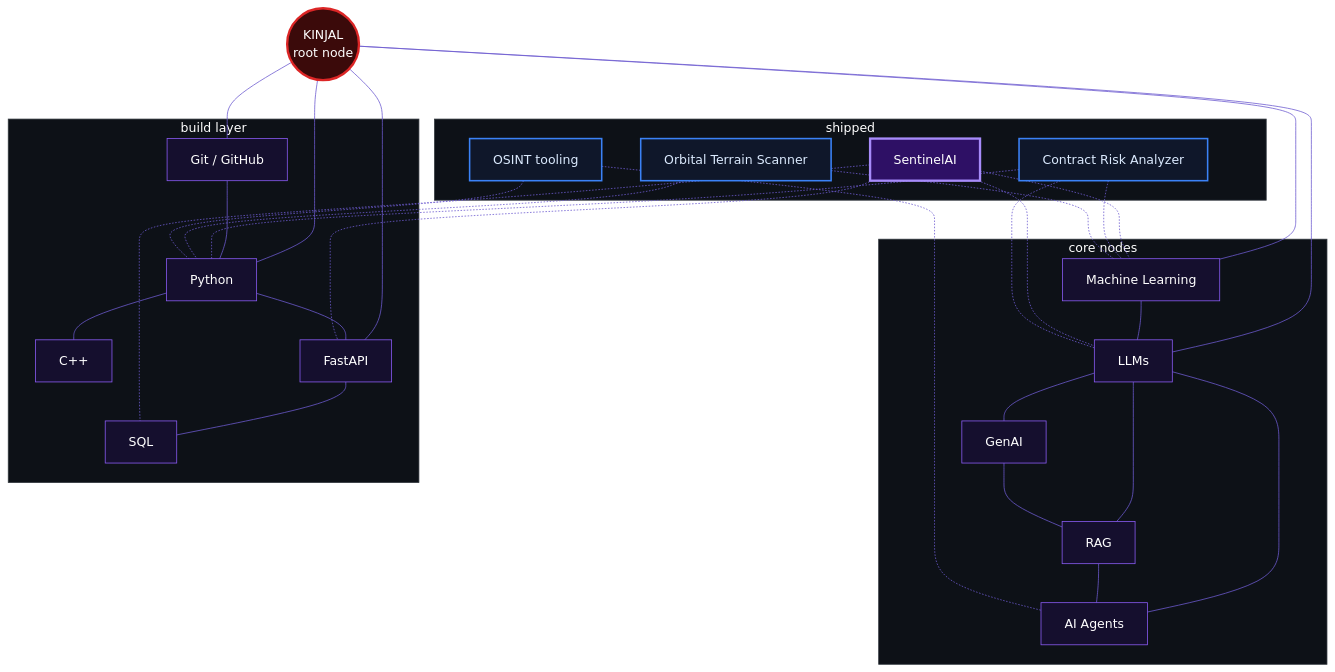
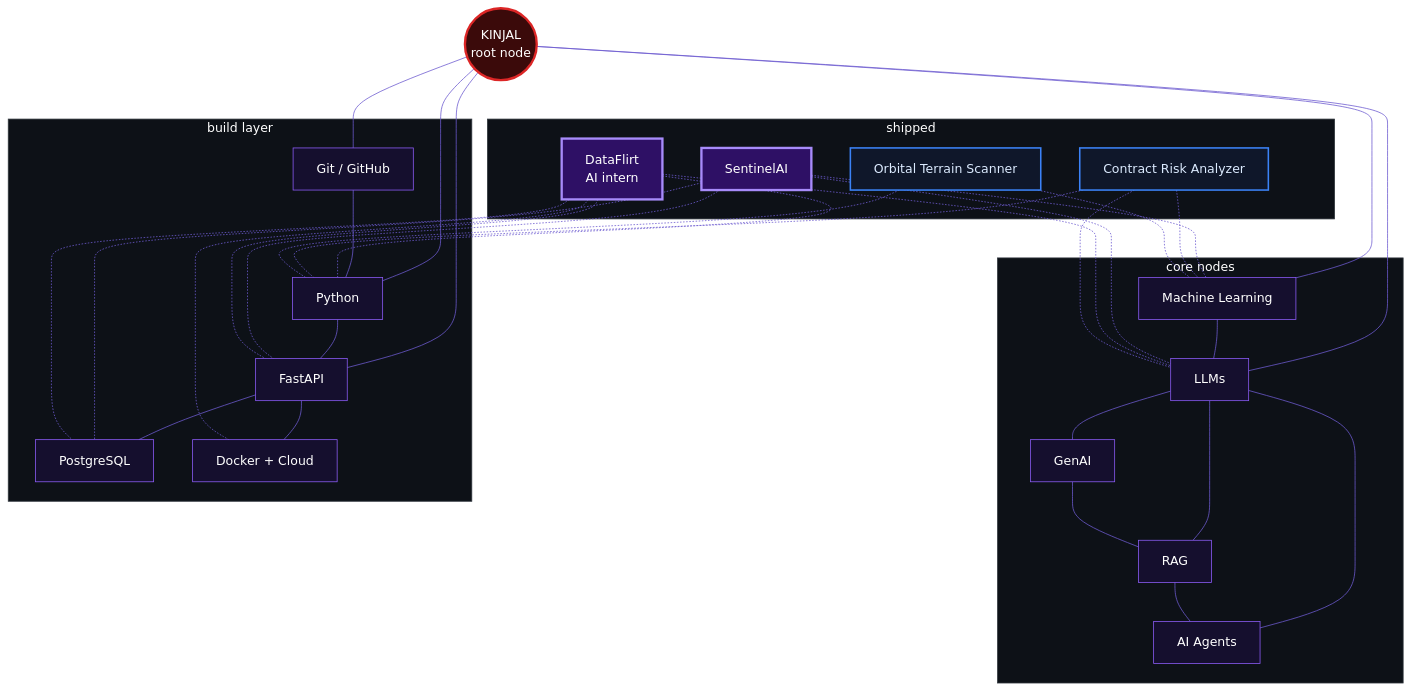
The diagram in README.md (KinjalGoswami68/KinjalGoswami68), drawn with Mermaid before and after one commit. The commit also changed other lines of this file, not shown here.

Commit message:
update README: DataFlirt, open source

````diff
--- a/README.md
+++ b/README.md
@@ -35,63 +36,66 @@
 ```mermaid
 %%{init: {'theme': 'base', 'themeVariables': {'primaryColor': '#150f2e', 'primaryTextColor': '#e9d5ff', 'primaryBorderColor': '#8b5cf6', 'lineColor': '#6d5bd0', 'secondaryColor': '#0d1117', 'tertiaryColor': '#0d1117', 'clusterBkg': '#0d1117', 'clusterBorder': '#30363d', 'fontFamily': 'monospace'}}}%%
 flowchart TD
     ROOT(("KINJAL<br/>root node")):::root
 
     subgraph CORE["core nodes"]
         ML["Machine Learning"]
         LLM["LLMs"]
         GENAI["GenAI"]
         RAG["RAG"]
         AGENTS["AI Agents"]
     end
 
     subgraph BUILD["build layer"]
         PY["Python"]
-        CPP["C++"]
         API["FastAPI"]
-        SQL["SQL"]
+        SQL["PostgreSQL"]
+        DOCK["Docker + Cloud"]
         GIT["Git / GitHub"]
     end
 
     subgraph SHIPPED["shipped"]
         SENT["SentinelAI"]:::hero
+        DF["DataFlirt<br/>AI intern"]:::hero
         CRA["Contract Risk Analyzer"]:::proj
         OTS["Orbital Terrain Scanner"]:::proj
-        OSINT["OSINT tooling"]:::proj
     end
 
     ROOT --- ML
     ROOT --- LLM
     ROOT --- PY
     ROOT --- API
     ROOT --- GIT
 
     ML --- LLM
     LLM --- GENAI
     LLM --- RAG
     LLM --- AGENTS
     GENAI --- RAG
     RAG --- AGENTS
 
     PY --- API
-    PY --- CPP
     API --- SQL
+    API --- DOCK
     GIT --- PY
 
     SENT -.- API
     SENT -.- SQL
     SENT -.- ML
     SENT -.- LLM
+    DF -.- PY
+    DF -.- API
+    DF -.- SQL
+    DF -.- DOCK
+    DF -.- LLM
     CRA -.- ML
     CRA -.- LLM
     CRA -.- PY
     OTS -.- PY
     OTS -.- ML
-    OSINT -.- PY
-    OSINT -.- AGENTS
 
     classDef root fill:#3b0a0a,stroke:#dc2626,stroke-width:3px,color:#ffffff;
     classDef hero fill:#2e1065,stroke:#a78bfa,stroke-width:3px,color:#ffffff;
     classDef proj fill:#0f172a,stroke:#3b82f6,stroke-width:2px,color:#dbeafe;
     linkStyle default stroke:#6d5bd0,stroke-width:1px;
 ```
````
